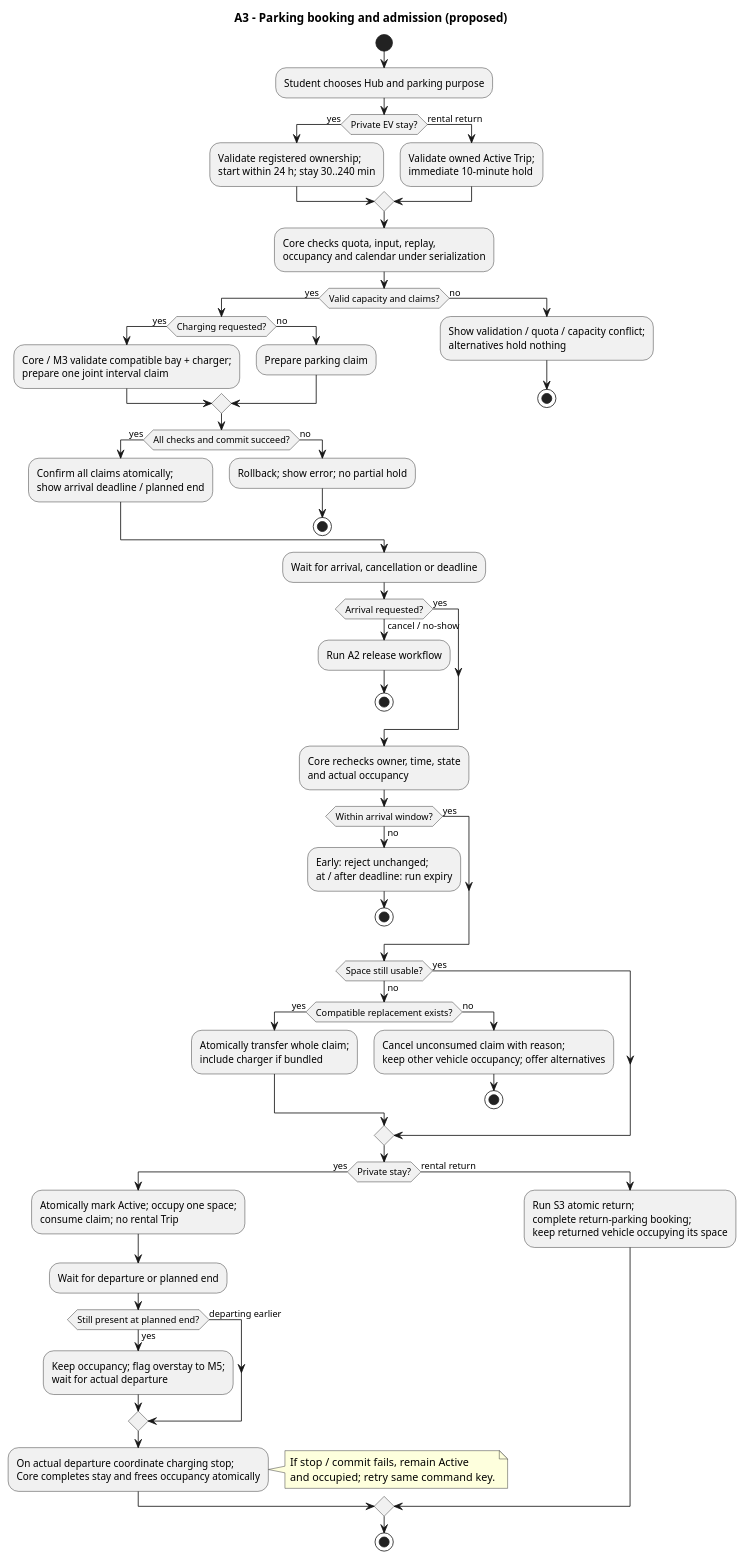
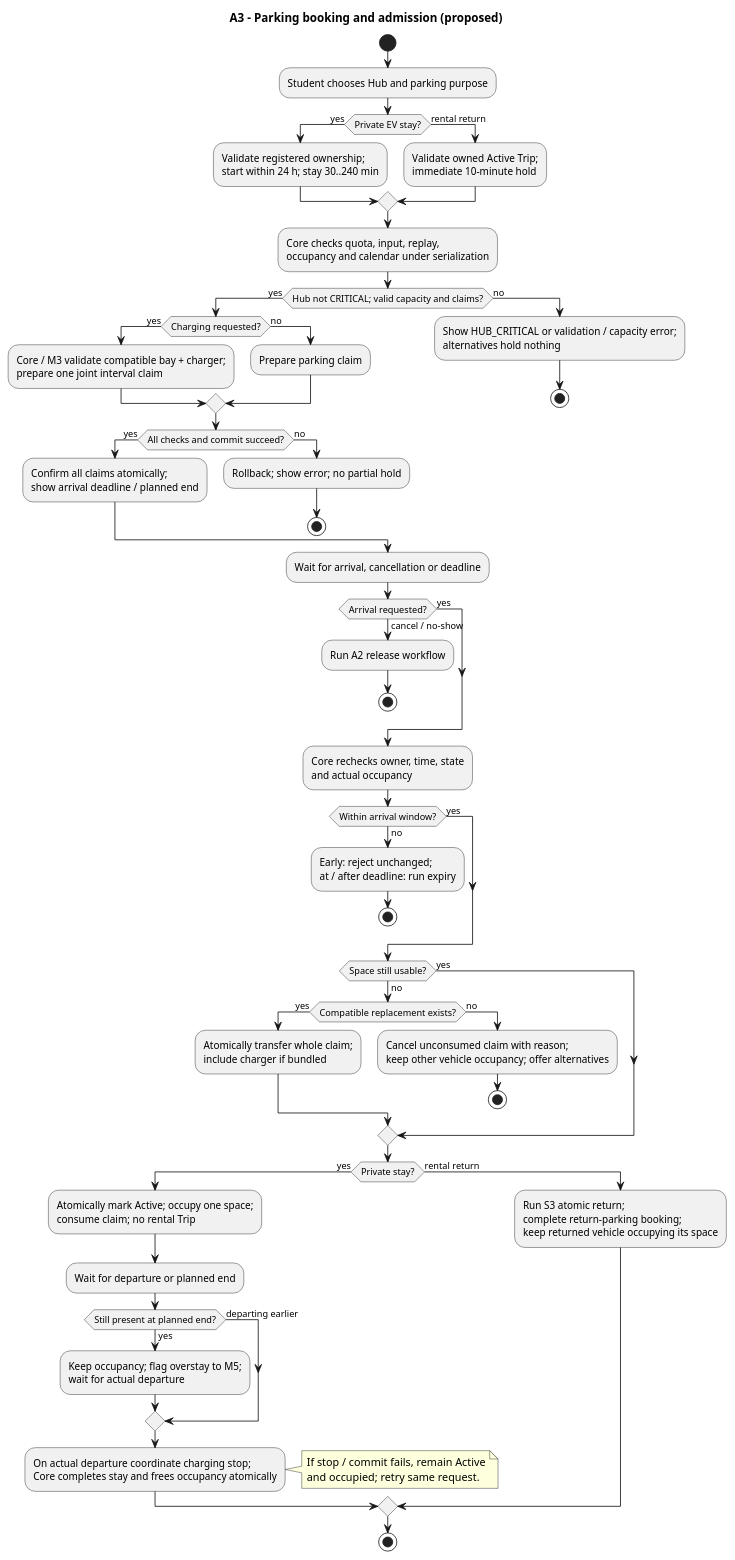
Before and after one commit to MabC06/smart-e-mobility-hub: the diagram in docs/design/behavioral/reservation-diagrams/a3-parking.puml, drawn with PlantUML. The commit also changed 20 other files, not shown here.

```diff
--- a/docs/design/behavioral/reservation-diagrams/a3-parking.puml
+++ b/docs/design/behavioral/reservation-diagrams/a3-parking.puml
@@ -1,66 +1,66 @@
 @startuml
 title A3 - Parking booking and admission (proposed)
 skinparam shadowing false
 skinparam defaultFontName Arial
 start
 :Student chooses Hub and parking purpose;
 if (Private EV stay?) then (yes)
   :Validate registered ownership;\nstart within 24 h; stay 30..240 min;
 else (rental return)
   :Validate owned Active Trip;\nimmediate 10-minute hold;
 endif
 :Core checks quota, input, replay,\noccupancy and calendar under serialization;
-if (Valid capacity and claims?) then (yes)
+if (Hub not CRITICAL; valid capacity and claims?) then (yes)
   if (Charging requested?) then (yes)
     :Core / M3 validate compatible bay + charger;\nprepare one joint interval claim;
   else (no)
     :Prepare parking claim;
   endif
   if (All checks and commit succeed?) then (yes)
     :Confirm all claims atomically;\nshow arrival deadline / planned end;
   else (no)
     :Rollback; show error; no partial hold;
     stop
   endif
 else (no)
-  :Show validation / quota / capacity conflict;\nalternatives hold nothing;
+  :Show HUB_CRITICAL or validation / capacity error;\nalternatives hold nothing;
   stop
 endif
 :Wait for arrival, cancellation or deadline;
 if (Arrival requested?) then (yes)
 else (cancel / no-show)
   :Run A2 release workflow;
   stop
 endif
 :Core rechecks owner, time, state\nand actual occupancy;
 if (Within arrival window?) then (yes)
 else (no)
   :Early: reject unchanged;\nat / after deadline: run expiry;
   stop
 endif
 if (Space still usable?) then (yes)
 else (no)
   if (Compatible replacement exists?) then (yes)
     :Atomically transfer whole claim;\ninclude charger if bundled;
   else (no)
     :Cancel unconsumed claim with reason;\nkeep other vehicle occupancy; offer alternatives;
     stop
   endif
 endif
 if (Private stay?) then (yes)
   :Atomically mark Active; occupy one space;\nconsume claim; no rental Trip;
   :Wait for departure or planned end;
   if (Still present at planned end?) then (yes)
     :Keep occupancy; flag overstay to M5;\nwait for actual departure;
   else (departing earlier)
   endif
   :On actual departure coordinate charging stop;\nCore completes stay and frees occupancy atomically;
   note right
     If stop / commit fails, remain Active
-    and occupied; retry same command key.
+    and occupied; retry same request.
   end note
 else (rental return)
   :Run S3 atomic return;\ncomplete return-parking booking;\nkeep returned vehicle occupying its space;
 endif
 stop
 @enduml
```
